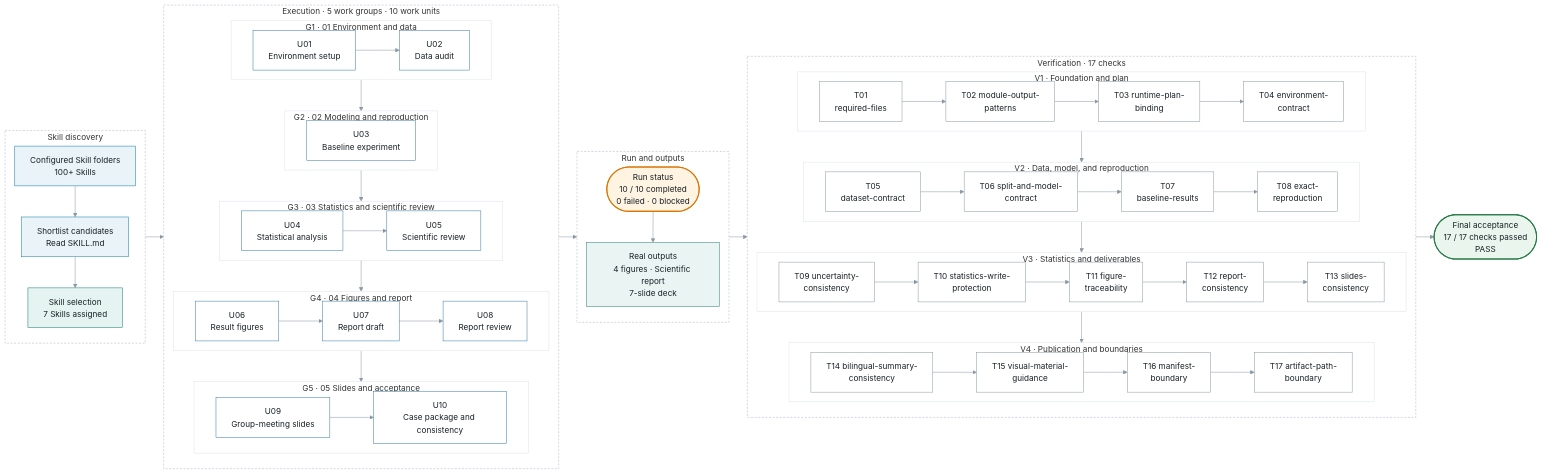
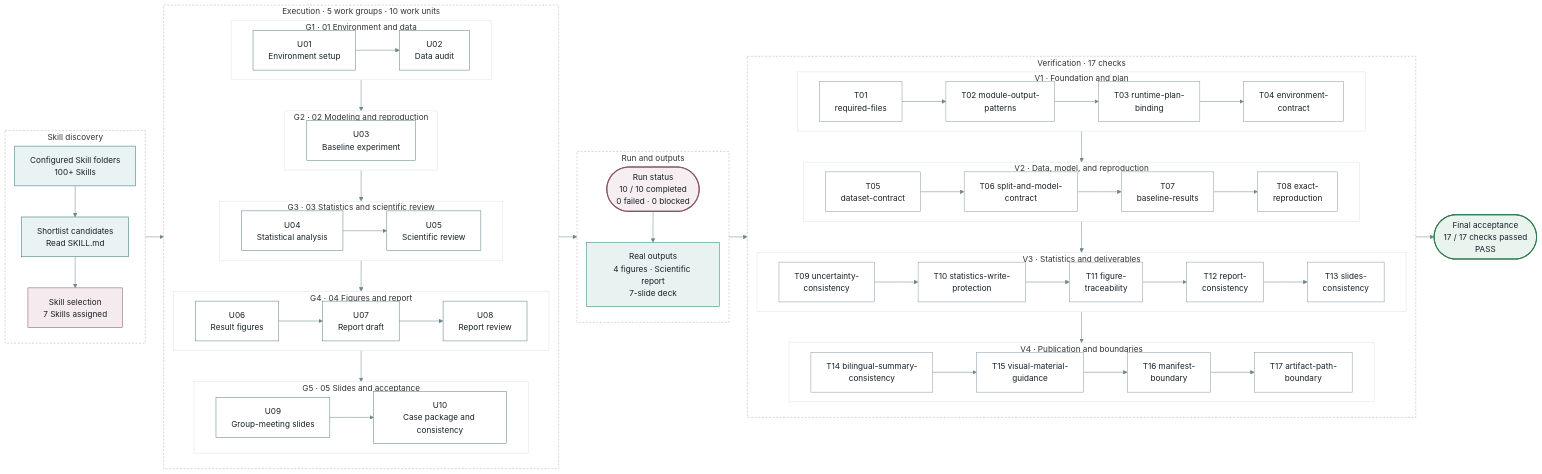
The diagram in README.md (hallfay0/Vibe-Skills), drawn with Mermaid before and after one commit. The commit also changed other lines of this file and 9 other files, not shown here.

````diff
--- a/README.md
+++ b/README.md
@@ -62,5 +71,5 @@
 ```mermaid
-%%{init: {"flowchart": {"curve": "linear", "nodeSpacing": 18, "rankSpacing": 36}}}%%
+%%{init: {"flowchart": {"curve": "monotoneX", "nodeSpacing": 18, "rankSpacing": 36}}}%%
 flowchart LR
     subgraph DISC["Skill discovery"]
         direction TB
@@ -183,13 +192,13 @@
     MID --> VERIFY
     VERIFY --> E
 
-    classDef source fill:#EAF4F8,stroke:#1479A8,color:#182026;
-    classDef selected fill:#E6F4F1,stroke:#167C70,color:#182026;
-    classDef unit fill:#FFFFFF,stroke:#3A7CA5,color:#182026;
-    classDef status fill:#FFF3E2,stroke:#D97706,color:#182026,stroke-width:2px;
-    classDef output fill:#EAF5F3,stroke:#2D7F75,color:#182026;
+    classDef source fill:#EAF3F3,stroke:#2B6F73,color:#182026;
+    classDef selected fill:#F5EBEE,stroke:#8A5363,color:#182026;
+    classDef unit fill:#FFFFFF,stroke:#5B7F83,color:#182026;
+    classDef status fill:#F7EEF1,stroke:#8A5363,color:#182026,stroke-width:2px;
+    classDef output fill:#E8F2F0,stroke:#2D7F75,color:#182026;
     classDef check fill:#FFFFFF,stroke:#8A9AA7,color:#182026;
-    classDef result fill:#EAF5EE,stroke:#237A45,color:#182026,stroke-width:2px;
+    classDef result fill:#EAF4EE,stroke:#2F7A4B,color:#182026,stroke-width:2px;
     class A,B source;
     class SEL selected;
     class u01,u02,u03,u04,u05,u06,u07,u08,u09,u10 unit;
@@ -211,5 +220,5 @@
     style V2 fill:#FFFFFF,stroke:#DCE4EA,stroke-width:1px;
     style V3 fill:#FFFFFF,stroke:#DCE4EA,stroke-width:1px;
     style V4 fill:#FFFFFF,stroke:#DCE4EA,stroke-width:1px;
-    linkStyle default stroke:#8A98A5,stroke-width:1px;
+    linkStyle default stroke:#6D878B,stroke-width:1px;
 ```
````
